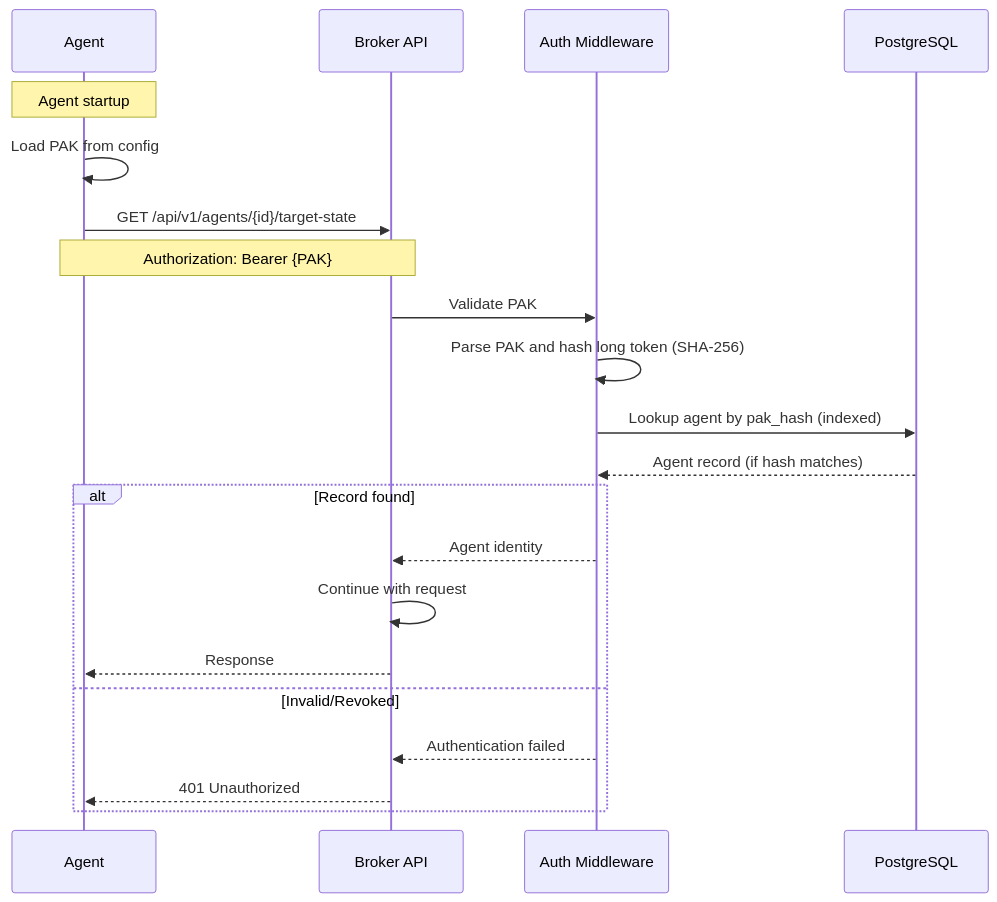
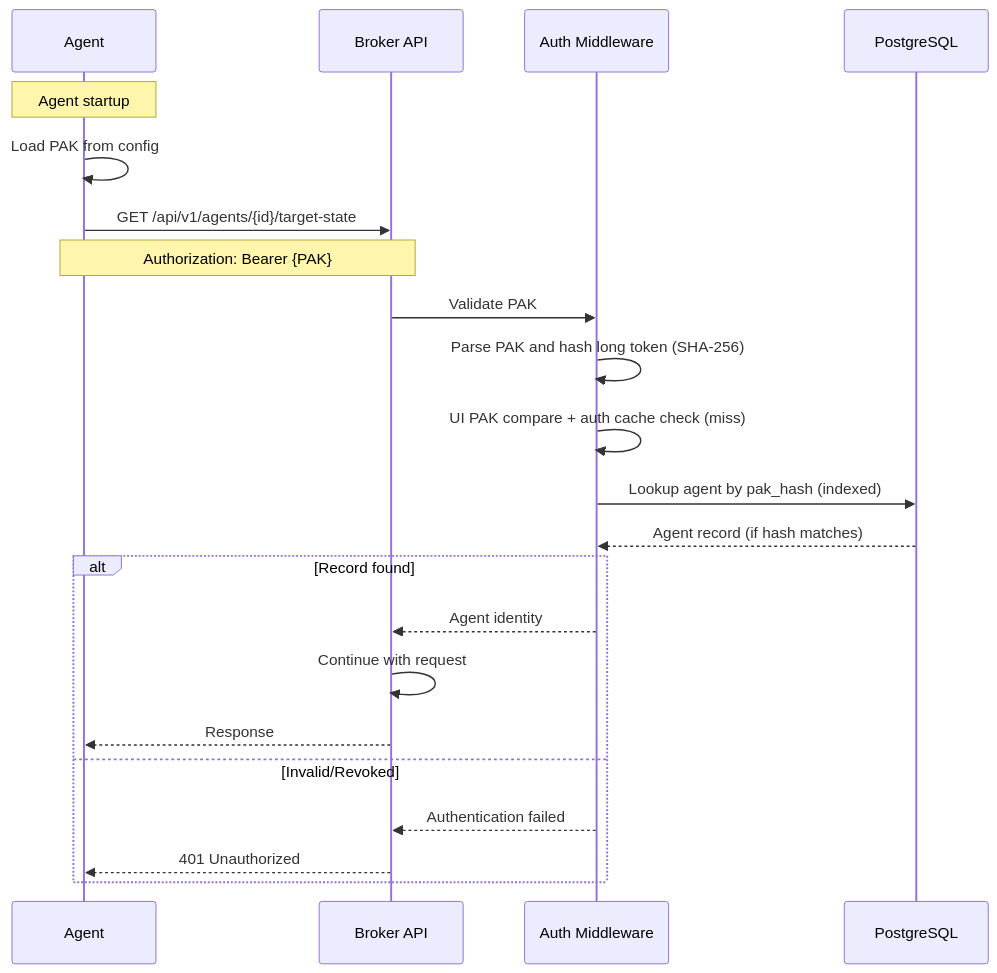
The eighth of 11 diagrams in docs/src/explanation/data-flows.md (colliery-io/brokkr), drawn with Mermaid before and after one commit. The commit also changed other lines of this file and 260 other files, not shown here.

````diff
--- a/docs/src/explanation/data-flows.md
+++ b/docs/src/explanation/data-flows.md
@@ -314,27 +316,28 @@
 ```mermaid
 sequenceDiagram
     participant Agent as Agent
     participant Broker as Broker API
     participant Auth as Auth Middleware
     participant DB as PostgreSQL
 
     Note over Agent: Agent startup
     Agent->>Agent: Load PAK from config
 
     Agent->>Broker: GET /api/v1/agents/{id}/target-state
     Note over Agent,Broker: Authorization: Bearer {PAK}
 
     Broker->>Auth: Validate PAK
     Auth->>Auth: Parse PAK and hash long token (SHA-256)
+    Auth->>Auth: UI PAK compare + auth cache check (miss)
     Auth->>DB: Lookup agent by pak_hash (indexed)
     DB-->>Auth: Agent record (if hash matches)
 
     alt Record found
         Auth-->>Broker: Agent identity
         Broker->>Broker: Continue with request
         Broker-->>Agent: Response
     else Invalid/Revoked
         Auth-->>Broker: Authentication failed
         Broker-->>Agent: 401 Unauthorized
     end
 ```
````
